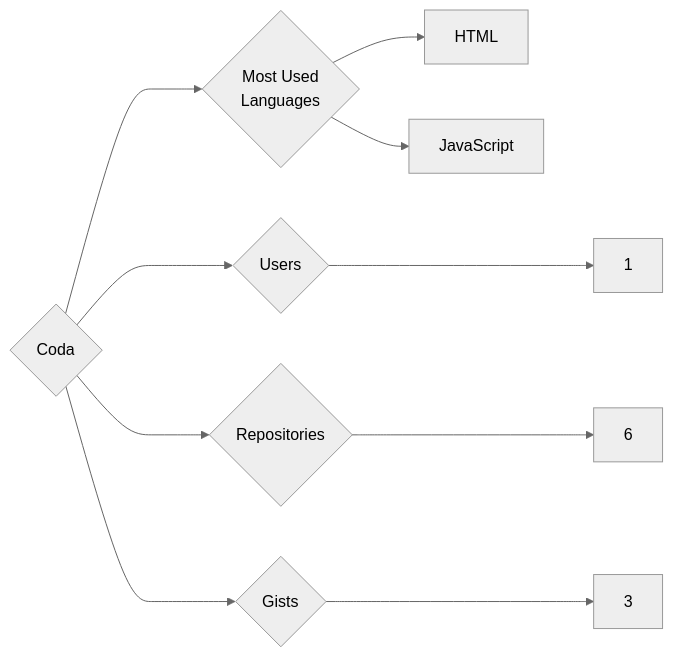
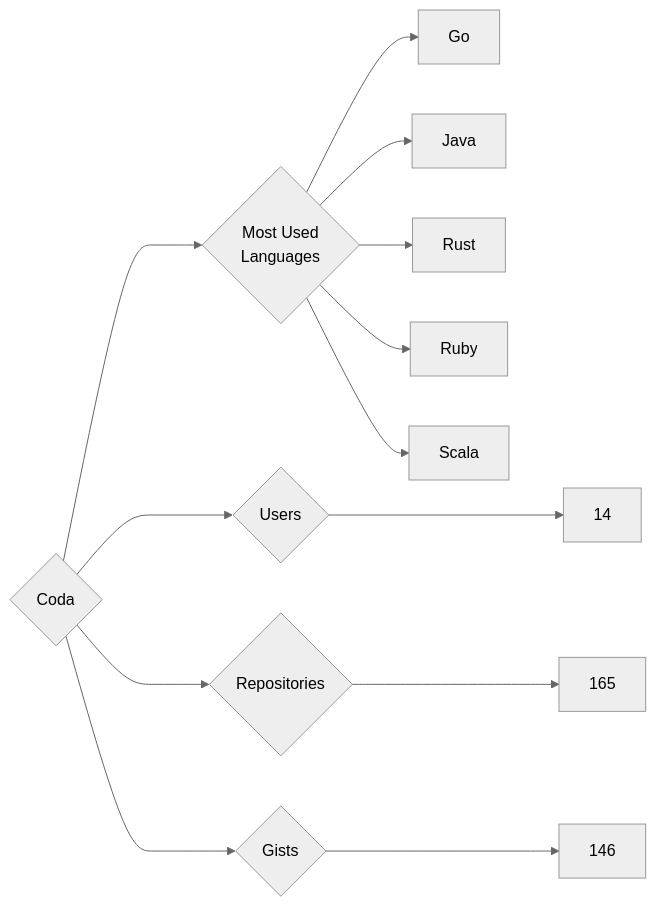
One commit to trickest/insiders changed the diagram in targets/Coda/README.md. Above: the diagram before and after it, drawn with Mermaid (neutral theme). The commit also changed 951 other files, not shown here.

````diff
--- a/targets/Coda/README.md
+++ b/targets/Coda/README.md
@@ -3,10 +3,13 @@
 ```mermaid
 graph LR
 COMPANY_NAME{Coda}
-COMPANY_NAME ---> U{Users} ---> UN[1]
-COMPANY_NAME ---> R{Repositories} ---> RN[6]
-COMPANY_NAME ---> G{Gists} ---> GN[3]
+COMPANY_NAME ---> U{Users} ---> UN[14]
+COMPANY_NAME ---> R{Repositories} ---> RN[165]
+COMPANY_NAME ---> G{Gists} ---> GN[146]
 COMPANY_NAME ---> ML{Most Used<br>Languages}
-ML --> HTML[HTML]
-ML --> JavaScript[JavaScript]
+ML --> Go[Go]
+ML --> Java[Java]
+ML --> Rust[Rust]
+ML --> Ruby[Ruby]
+ML --> Scala[Scala]
 ```
````
